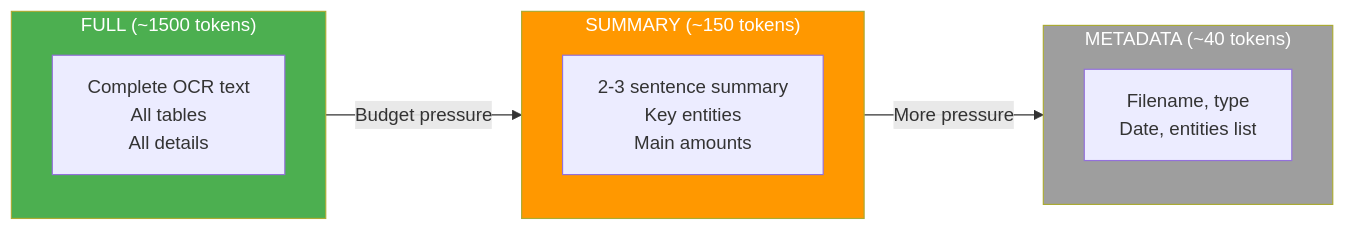
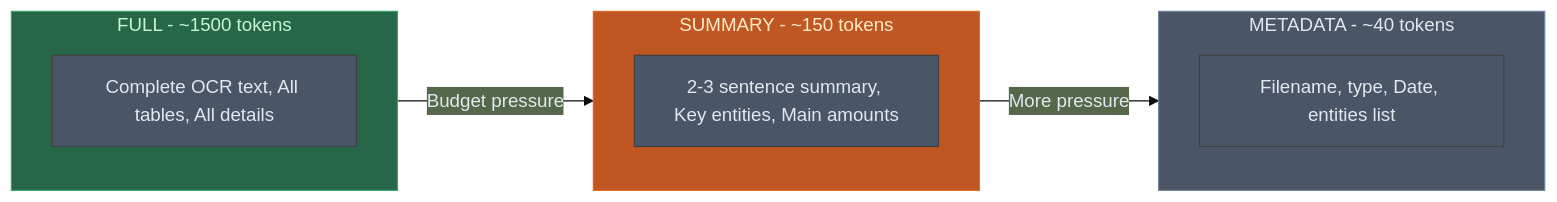
Before and after one commit to manumishra-zm/execution_plan: the ninth of 22 diagrams in chat_context/chat_context.md, drawn with Mermaid. The commit also changed other lines of this file, not shown here.

````diff
--- a/chat_context/chat_context.md
+++ b/chat_context/chat_context.md
@@ -325,21 +344,22 @@
 ```mermaid
+%%{init: {'theme': 'base', 'themeVariables': { 'primaryColor': '#4a5568', 'primaryTextColor': '#e2e8f0'}}}%%
 flowchart LR
-    subgraph Full["FULL (~1500 tokens)"]
-        F1["Complete OCR text<br/>All tables<br/>All details"]
+    subgraph Full["FULL - ~1500 tokens"]
+        F1["Complete OCR text, All tables, All details"]
     end
 
-    subgraph Summary["SUMMARY (~150 tokens)"]
-        S1["2-3 sentence summary<br/>Key entities<br/>Main amounts"]
+    subgraph Summary["SUMMARY - ~150 tokens"]
+        S1["2-3 sentence summary, Key entities, Main amounts"]
     end
 
-    subgraph Meta["METADATA (~40 tokens)"]
-        M1["Filename, type<br/>Date, entities list"]
+    subgraph Meta["METADATA - ~40 tokens"]
+        M1["Filename, type, Date, entities list"]
     end
 
     Full -->|"Budget pressure"| Summary
     Summary -->|"More pressure"| Meta
 
-    style Full fill:#4caf50,color:#fff
-    style Summary fill:#ff9800,color:#fff
-    style Meta fill:#9e9e9e,color:#fff
+    style Full fill:#276749,color:#c6f6d5,stroke:#38a169
+    style Summary fill:#c05621,color:#feebc8,stroke:#dd6b20
+    style Meta fill:#4a5568,color:#e2e8f0,stroke:#718096
 ```
````
